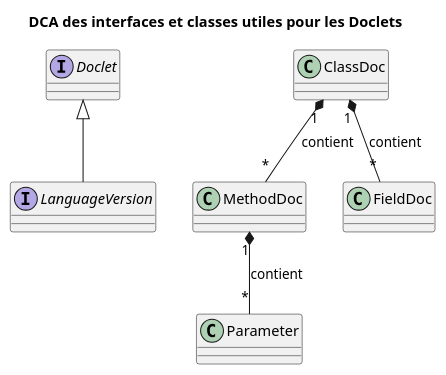
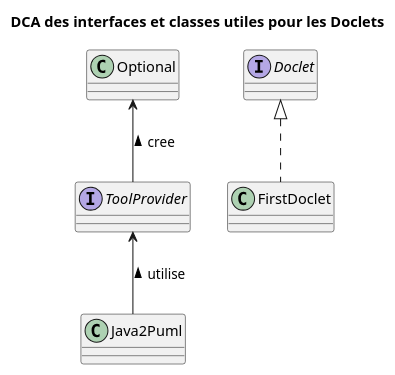
The diagram in uml/DCA_interfacesClasses.puml (MrArnaudMichel/API-PlantUML-Parser), drawn with PlantUML before and after one commit.

Commit message:
modif DCA

```diff
--- a/uml/DCA_interfacesClasses.puml
+++ b/uml/DCA_interfacesClasses.puml
@@ -1,18 +1,18 @@
 @startuml
 title DCA des interfaces et classes utiles pour les Doclets
 
+
+
+
+class Java2Puml
+interface ToolProvider
 interface Doclet
-interface LanguageVersion
+class Optional
 
-class ClassDoc
-class MethodDoc
-class FieldDoc
-class Parameter
+class FirstDoclet implements Doclet
 
-Doclet <|-- LanguageVersion
+ ToolProvider <-- Java2Puml : < utilise
+ Optional <-- ToolProvider : < cree
 
-ClassDoc "1" *-- "*" MethodDoc : contient
-ClassDoc "1" *-- "*" FieldDoc : contient
-MethodDoc "1" *-- "*" Parameter : contient
 
 @enduml
```
